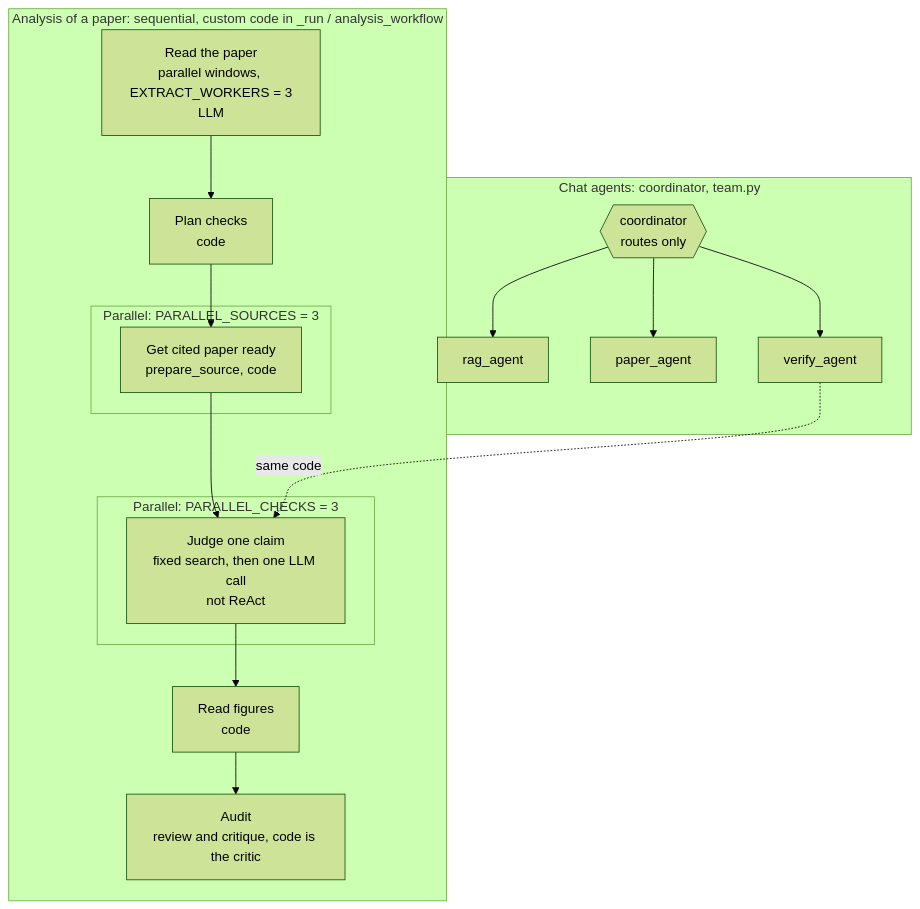
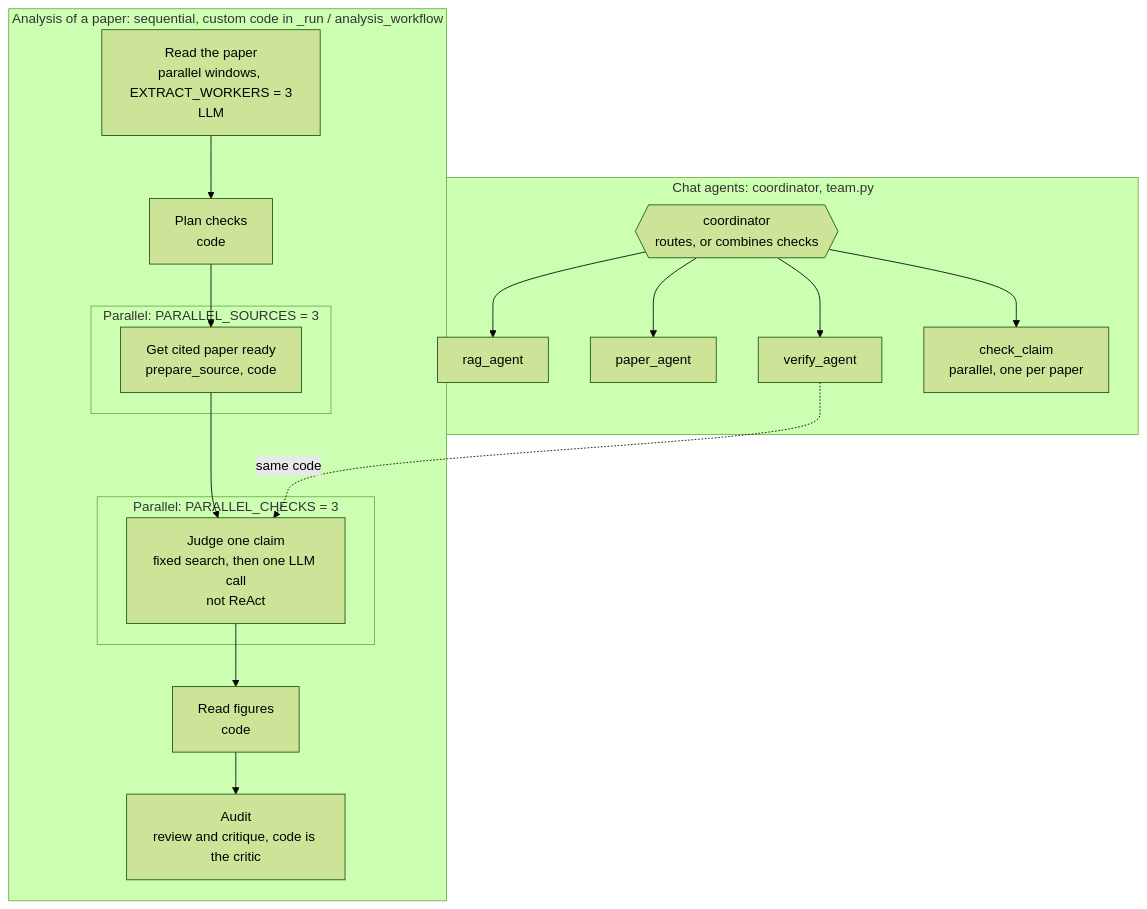
One commit to ZenithGeeks/SecretSource-prototype changed the fifth of 5 diagrams in ARCHITECTURE.md. Above: the diagram before and after it, drawn with Mermaid (forest theme). The commit also changed other lines of this file and 2 other files, not shown here.

First line of the commit message:
feat(SCRUM-171): let the coordinator check a claim against several papers at once

````diff
--- a/ARCHITECTURE.md
+++ b/ARCHITECTURE.md
@@ -270,28 +285,30 @@
 ```mermaid
 flowchart TD
     subgraph ANALYSIS ["Analysis of a paper: sequential, custom code in _run / analysis_workflow"]
         P["Read the paper<br/>parallel windows, EXTRACT_WORKERS = 3<br/>LLM"]
         PL["Plan checks<br/>code"]
         subgraph PREP ["Parallel: PARALLEL_SOURCES = 3"]
             S["Get cited paper ready<br/>prepare_source, code"]
         end
         subgraph JUDGE ["Parallel: PARALLEL_CHECKS = 3"]
             J["Judge one claim<br/>fixed search, then one LLM call<br/>not ReAct"]
         end
         F["Read figures<br/>code"]
         A["Audit<br/>review and critique, code is the critic"]
         P --> PL --> S --> J --> F --> A
     end
 
     subgraph CHAT ["Chat agents: coordinator, team.py"]
-        C{{"coordinator<br/>routes only"}}
+        C{{"coordinator<br/>routes, or combines checks"}}
         R["rag_agent"]
         PA["paper_agent"]
         V["verify_agent"]
+        CC["check_claim<br/>parallel, one per paper"]
         C --> R
         C --> PA
         C --> V
+        C --> CC
     end
 
     V -.->|"same code"| J
 ```
````
